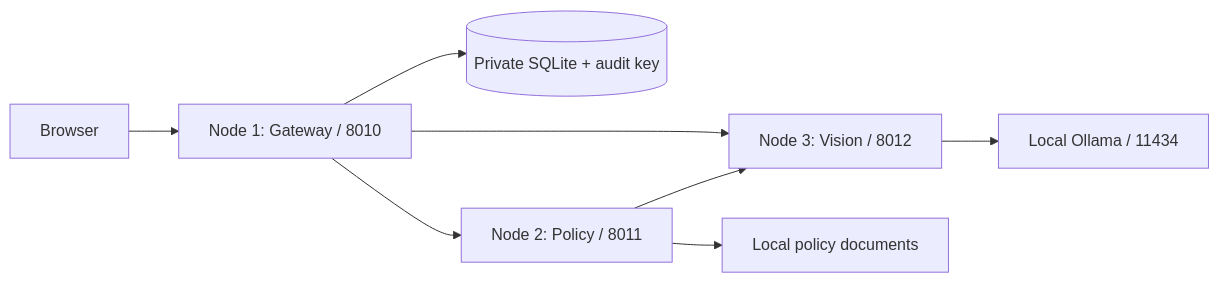
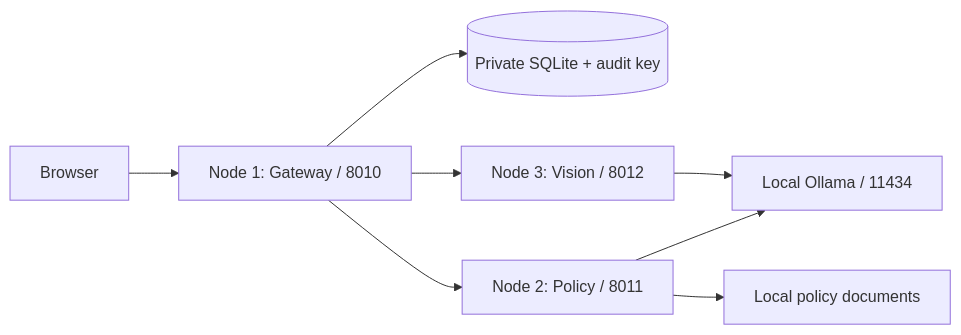
The diagram in docs/ARCHITECTURE.md (HappyDeswal/SmartRMA_Publish), drawn with Mermaid before and after one commit. The commit also changed other lines of this file and 14 other files, not shown here.

````diff
--- a/docs/ARCHITECTURE.md
+++ b/docs/ARCHITECTURE.md
@@ -13,10 +13,10 @@
 ```mermaid
 flowchart LR
     B[Browser] --> G[Node 1: Gateway / 8010]
     G --> D[(Private SQLite + audit key)]
     G --> P[Node 2: Policy / 8011]
     G --> V[Node 3: Vision / 8012]
-    P --> V
+    P --> O
     P --> S[Local policy documents]
     V --> O[Local Ollama / 11434]
 ```
````
